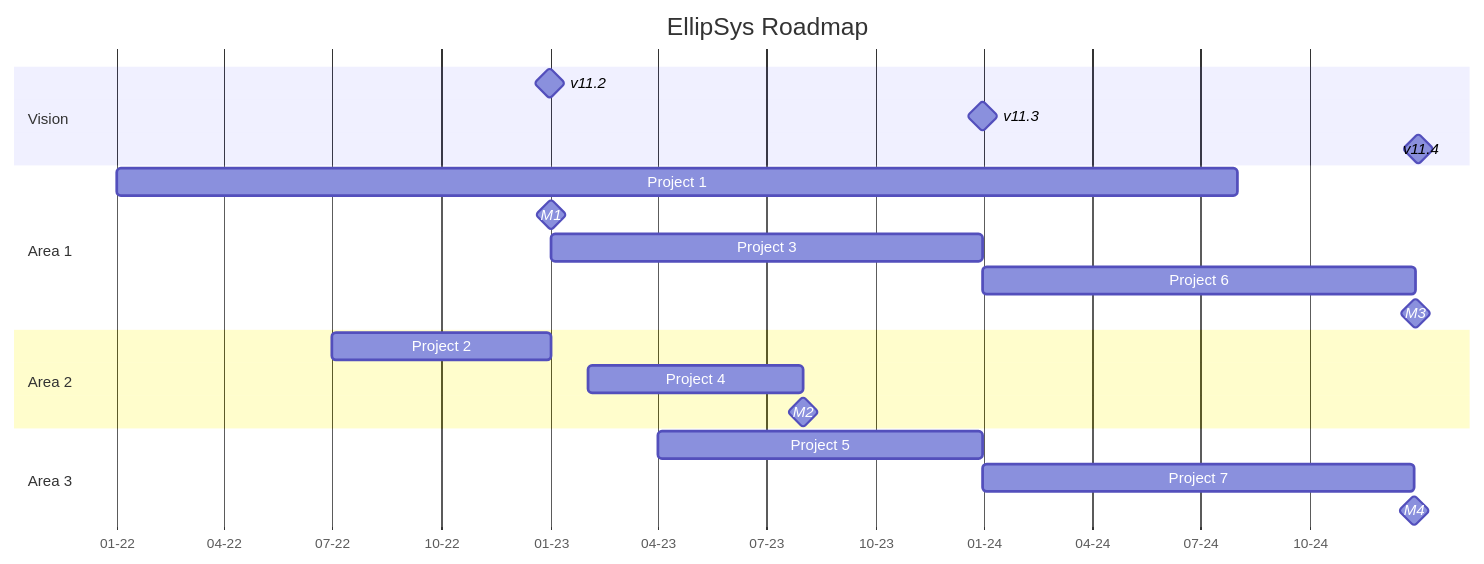
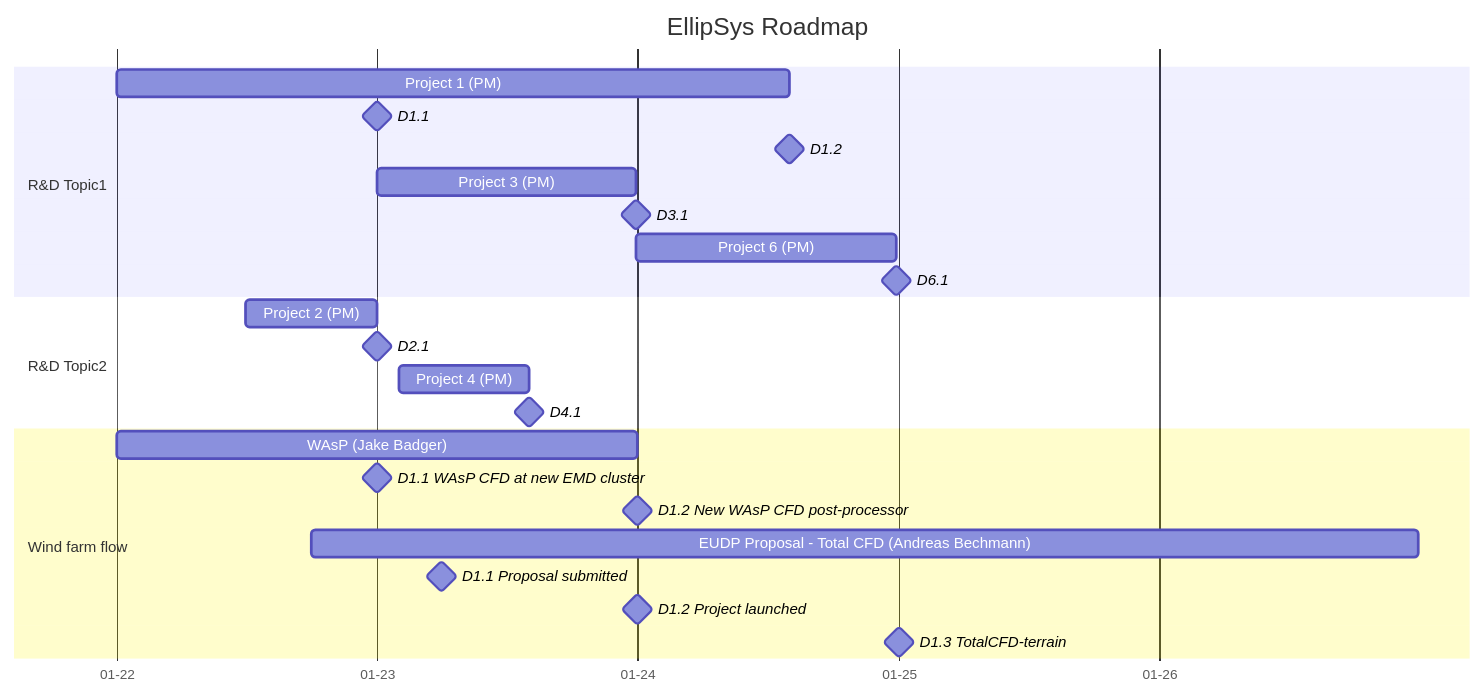
The diagram in README.md (andh-dtu/test), drawn with Mermaid before and after one commit.

````diff
--- a/README.md
+++ b/README.md
@@ -1,30 +1,30 @@
 ```mermaid
 gantt
 Title EllipSys Roadmap
 dateFormat YYYY-MM-DD
 axisFormat %m-%y
+ 
+section R&D Topic1
+Project 1 (PM): p1, 2022-01-01, 2024-08-01
+D1.1 : milestone, m11, 2023-01-01, 2min
+D1.2 : milestone, m12, after p1, 2min
+Project 3 (PM): p3, 2023-01-01, 52w
+D3.1 : milestone, m31, after p3, 2min
+Project 6 (PM): p6, after p3, 52w
+D6.1 : milestone, m61, after p6, 2min
 
-  
-section Vision
-v11.2 : milestone, r112, 2022-12-31, 2min
-v11.3 : milestone, r113, 2023-12-31, 2min
-v11.4 : milestone, r114, 2024-12-31, 2min
+section R&D Topic2
+Project 2 (PM): p2, 2022-07-01, 2023-01-01
+D2.1 : milestone, m21, after p2, 2min
+Project 4 (PM): p4, 2023-02-01 , 26w
+D4.1 : milestone, m41, after p4, 2min
 
-
-section Area 1
-Project 1 : p1, 2022-01-01, 2024-08-01
-M1 : milestone, m1, 2023-01-01, 2min
-Project 3 : p2, 2023-01-01, 52w
-Project 6 : p3, after p2, 52w
-M3 : milestone, m3, after p3, 2min
-
-section Area 2
-Project 2 : p4, 2022-07-01, 2023-01-01
-Project 4 : p5, 2023-02-01 , 26w
-M2 : milestone, m2, after p5, 2min
-
-section Area 3
-Project 5 : p6, 2023-04-01, 39w
-Project 7 : p7, after p6, 52w
-M4 : milestone, m4, after p7, 2min
+section Wind farm flow
+WAsP (Jake Badger) : waspcfd, 2022-01-01, 2024-01-01
+D1.1 WAsP CFD at new EMD cluster : milestone, waspcfd_1, 2023-01-01, 2min
+D1.2 New WAsP CFD post-processor : milestone, waspcfd_2, 2024-01-01, 2min
+EUDP Proposal - Total CFD (Andreas Bechmann) : totalcfd, 2022-10-01, 2026-12-31
+D1.1 Proposal submitted : milestone, totalcfd_1, 2023-04-01, 2min
+D1.2 Project launched    : milestone, totalcfd_2, 2024-01-01, 2min
+D1.3 TotalCFD-terrain : milestone, totalcfd_3, 2025-01-01, 2min
 ```
````
